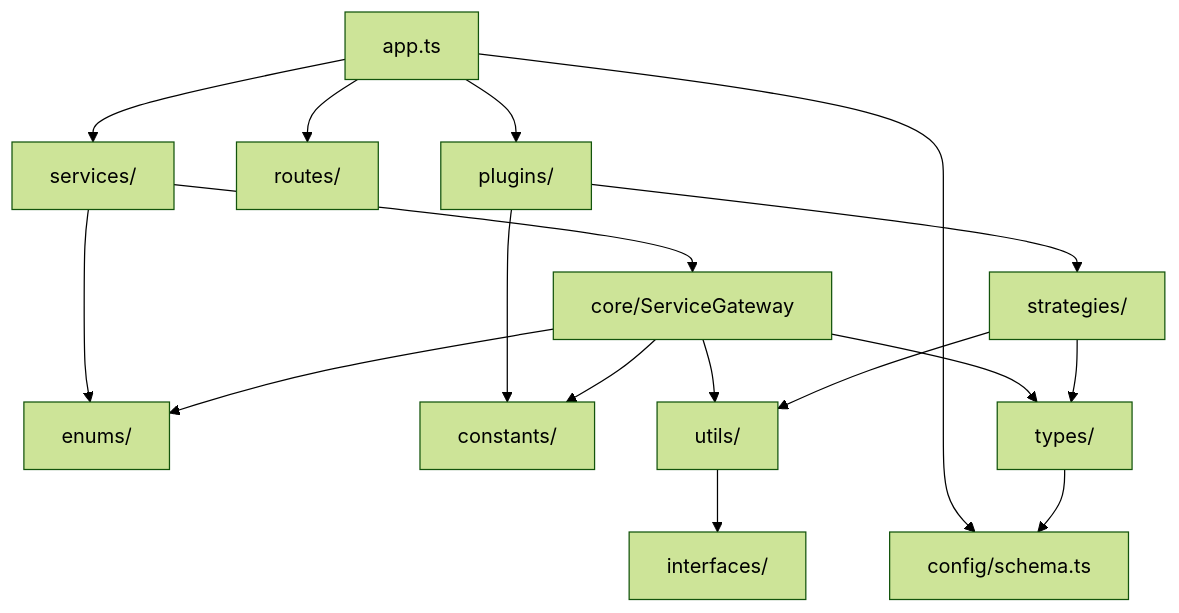
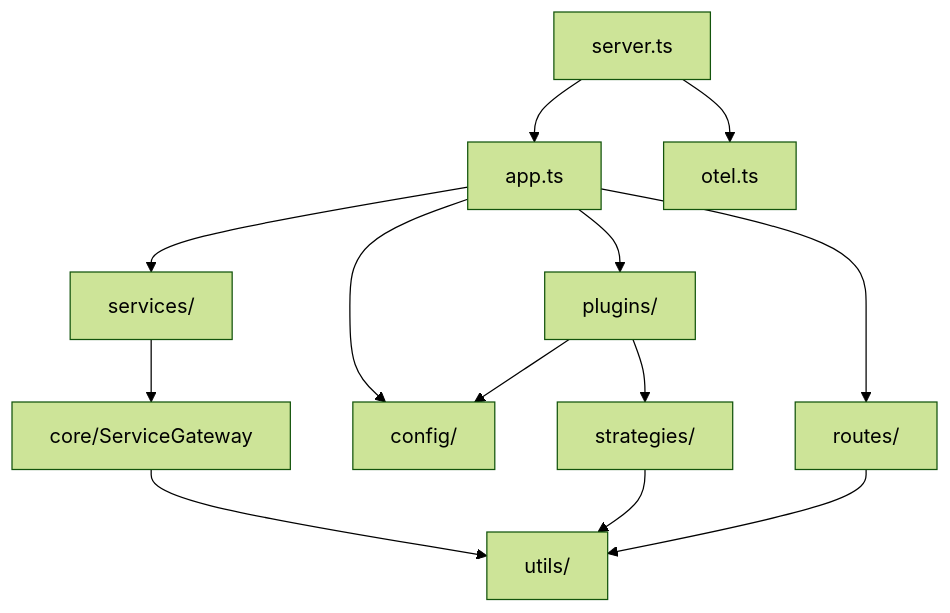
One commit to byshahriar/fastify-gateway changed the third of 3 diagrams in docs/architecture.md. Above: the diagram before and after it, drawn with Mermaid (forest theme). The commit also changed other lines of this file and 2 other files, not shown here.

Commit message:
docs: refresh architecture diagrams and add a response-caching sequence diagram

````diff
--- a/docs/architecture.md
+++ b/docs/architecture.md
@@ -85,22 +152,18 @@
 ```mermaid
 flowchart TD
-    app["app.ts"] --> plugins["plugins/"]
+    server["server.ts"] --> app["app.ts"]
+    server --> otel["otel.ts"]
+
+    app --> plugins["plugins/"]
     app --> routes["routes/"]
     app --> services["services/"]
-    app --> config["config/schema.ts"]
+    app --> config["config/"]
 
     services --> core["core/ServiceGateway"]
-    services --> enums["enums/"]
     plugins --> strategies["strategies/"]
-    plugins --> constants["constants/"]
+    plugins --> config
 
-    core --> constants
-    core --> enums
     core --> utils["utils/"]
-    core --> types["types/"]
     strategies --> utils
-    strategies --> types
-
-    types --> config
-    utils --> interfaces["interfaces/"]
+    routes --> utils
 ```
````
